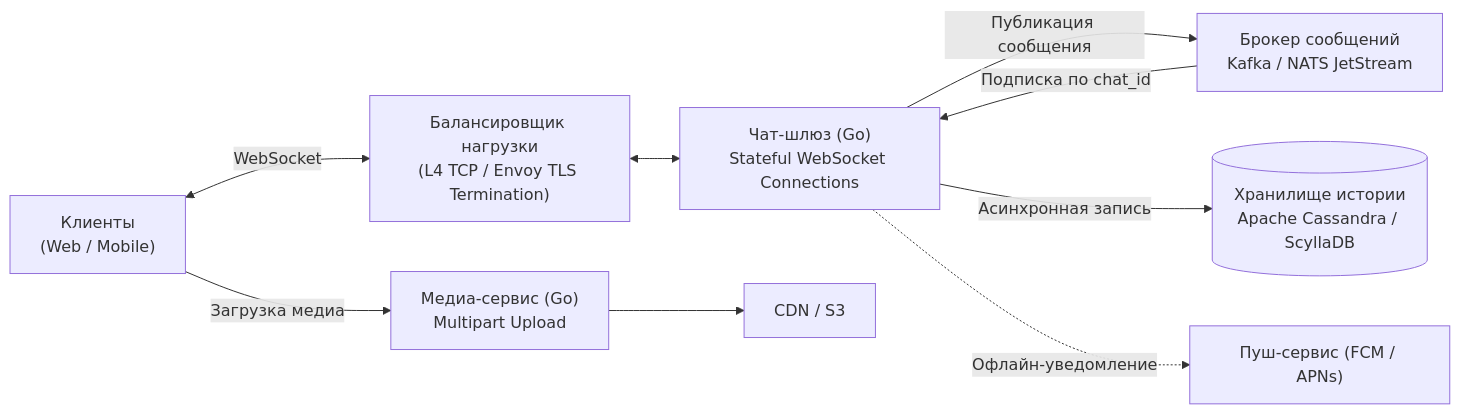
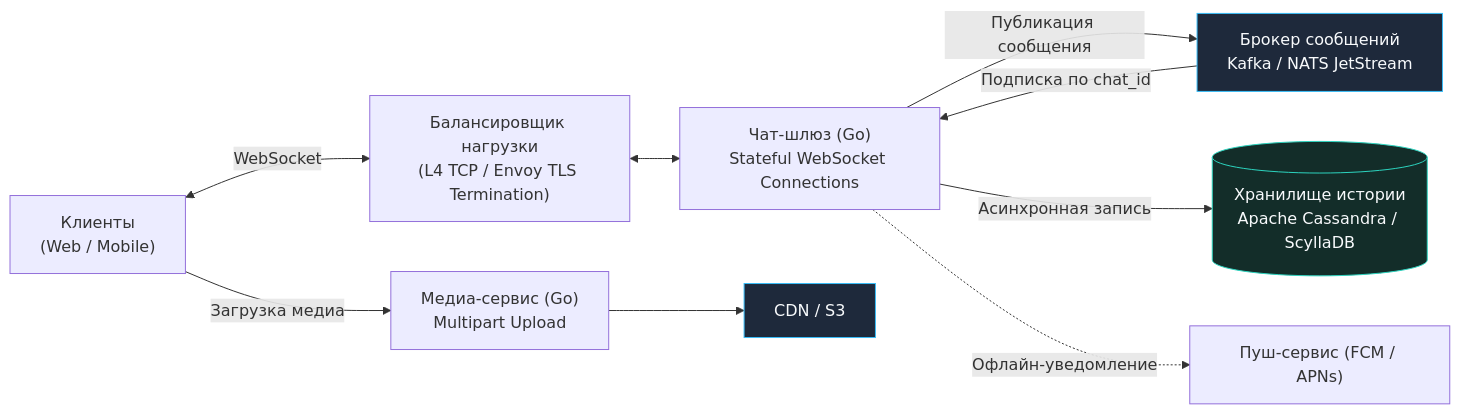
The second of 10 diagrams in sources/11. Архитектура и System Design/52. Разбор типичных System Design задач.md (UnrealTemplier/go-textbook), drawn with Mermaid before and after one commit. The commit also changed other lines of this file and 1666 other files, not shown here.

First line of the commit message:
feat(mermaid): add semantic color classDef to 1369 colorless flowchart/graph diagrams

````diff
--- a/sources/11. Архитектура и System Design/52. Разбор типичных System Design задач.md
+++ b/sources/11. Архитектура и System Design/52. Разбор типичных System Design задач.md
@@ -96,18 +106,28 @@
 ```mermaid
 flowchart LR
+    classDef process  fill:#1e293b,stroke:#38bdf8,stroke-width:1px,color:#f8fafc
+    classDef success  fill:#064e3b,stroke:#34d399,stroke-width:1px,color:#f8fafc
+    classDef error    fill:#7f1d1d,stroke:#f87171,stroke-width:1px,color:#f8fafc
+    classDef warning  fill:#78350f,stroke:#fbbf24,stroke-width:1px,color:#f8fafc
+    classDef entry    fill:#1e3a5f,stroke:#38bdf8,stroke-width:2px,color:#f8fafc
+    classDef aux      fill:#334155,stroke:#64748b,stroke-width:1px,color:#f8fafc
+    classDef system   fill:#312e81,stroke:#a78bfa,stroke-width:1px,color:#f8fafc
+    classDef data     fill:#132d29,stroke:#2dd4bf,stroke-width:1px,color:#f8fafc
+    classDef network  fill:#881337,stroke:#fb7185,stroke-width:1px,color:#f8fafc
+    classDef accent   fill:#1e1b4b,stroke:#818cf8,stroke-width:1px,color:#f8fafc
     Client["Клиенты<br>(Web / Mobile)"]
     LB["Балансировщик нагрузки<br>(L4 TCP / Envoy TLS Termination)"]
     ChatSvc["Чат-шлюз (Go)<br>Stateful WebSocket Connections"]
-    Broker["Брокер сообщений<br>Kafka / NATS JetStream"]
-    History[("Хранилище истории<br>Apache Cassandra / ScyllaDB")]
+    Broker["Брокер сообщений<br>Kafka / NATS JetStream"]:::process
+    History[("Хранилище истории<br>Apache Cassandra / ScyllaDB")]:::data
     Media["Медиа-сервис (Go)<br>Multipart Upload"]
-    CDN["CDN / S3"]
+    CDN["CDN / S3"]:::process
     Push["Пуш-сервис (FCM / APNs)"]
 
     Client <-->|"WebSocket"| LB <--> ChatSvc
     ChatSvc -->|"Публикация сообщения"| Broker
     Broker -->|"Подписка по chat_id"| ChatSvc
     ChatSvc -->|"Асинхронная запись"| History
     Client -->|"Загрузка медиа"| Media --> CDN
     ChatSvc -.->|"Офлайн-уведомление"| Push
 ```
````
